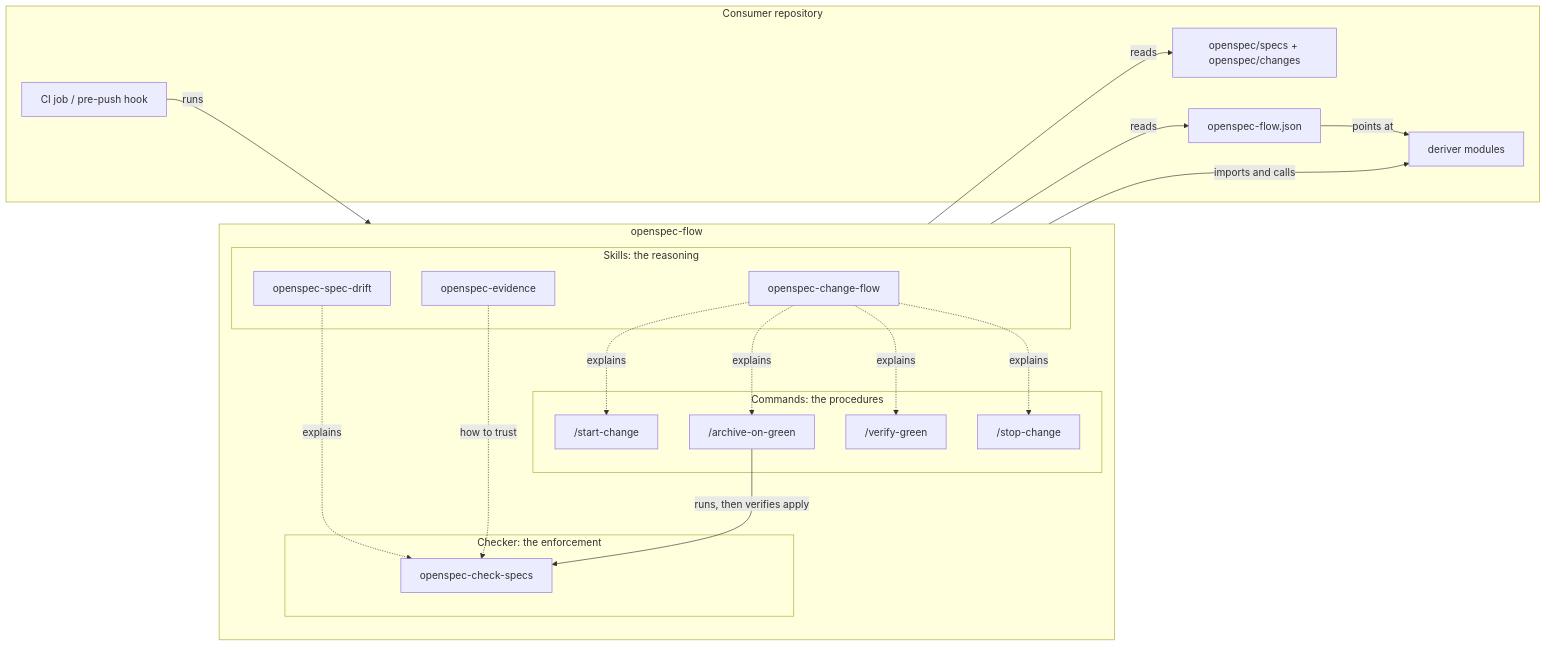
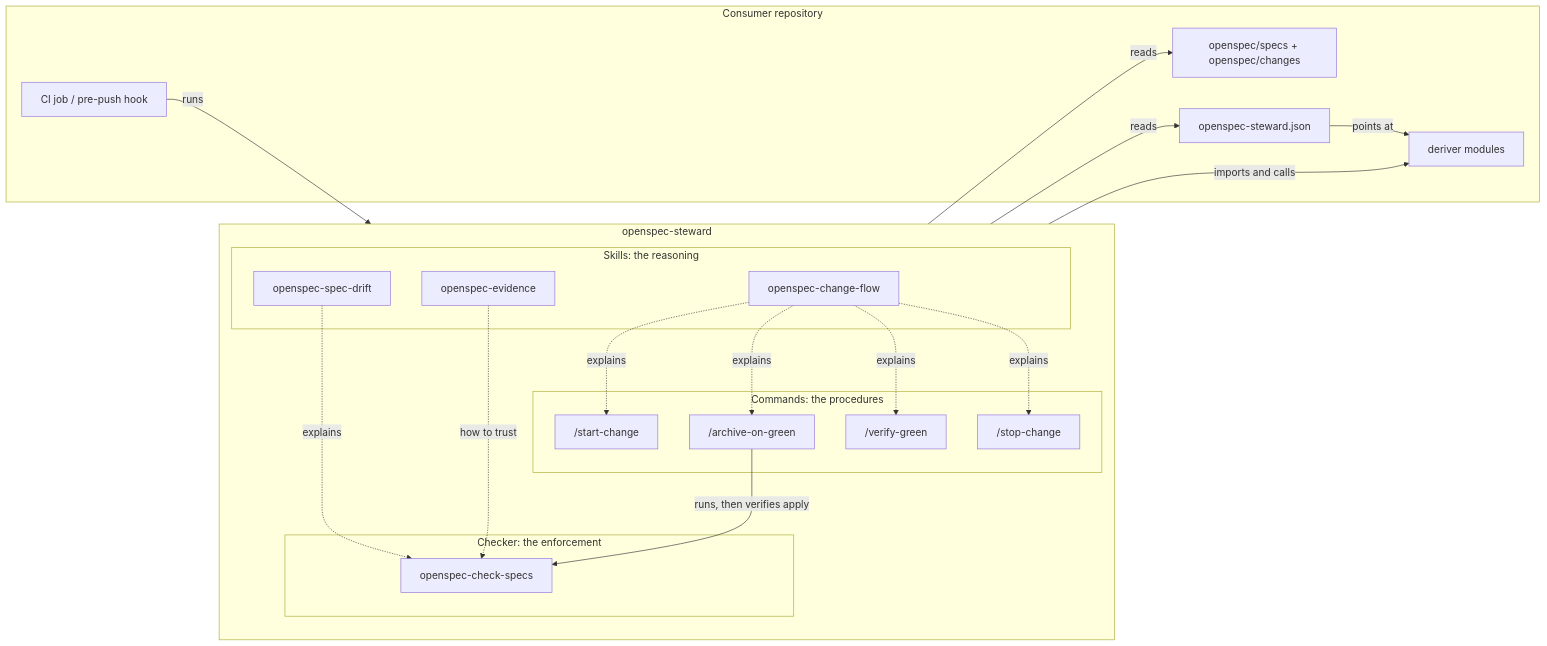
One commit to codecicada/openspec-flow changed the diagram in docs/README.md. Above: the diagram before and after it, drawn with Mermaid. The commit also changed other lines of this file and 15 other files, not shown here.

First line of the commit message:
feat!: rename the plugin to openspec-steward

````diff
--- a/docs/README.md
+++ b/docs/README.md
@@ -31,40 +31,40 @@
 ```mermaid
 flowchart LR
-  subgraph plugin["openspec-flow"]
+  subgraph plugin["openspec-steward"]
     direction TB
     subgraph skills["Skills: the reasoning"]
       S1["openspec-change-flow"]
       S2["openspec-spec-drift"]
       S3["openspec-evidence"]
     end
     subgraph commands["Commands: the procedures"]
       C0["/start-change"]
       C1["/verify-green"]
       C2["/archive-on-green"]
       C3["/stop-change"]
     end
     subgraph checker["Checker: the enforcement"]
       K["openspec-check-specs"]
     end
   end
 
   subgraph consumer["Consumer repository"]
     O["openspec/specs + openspec/changes"]
-    CFG["openspec-flow.json"]
+    CFG["openspec-steward.json"]
     D["deriver modules"]
     CI["CI job / pre-push hook"]
   end
 
   S1 -. explains .-> C0
   S1 -. explains .-> C2
   S1 -. explains .-> C1
   S1 -. explains .-> C3
   S2 -. explains .-> K
   S3 -. "how to trust" .-> K
   C2 -- "runs, then verifies apply" --> K
   CI -- runs --> K
   K -- reads --> O
   K -- reads --> CFG
   CFG -- points at --> D
   K -- "imports and calls" --> D
 ```
````
